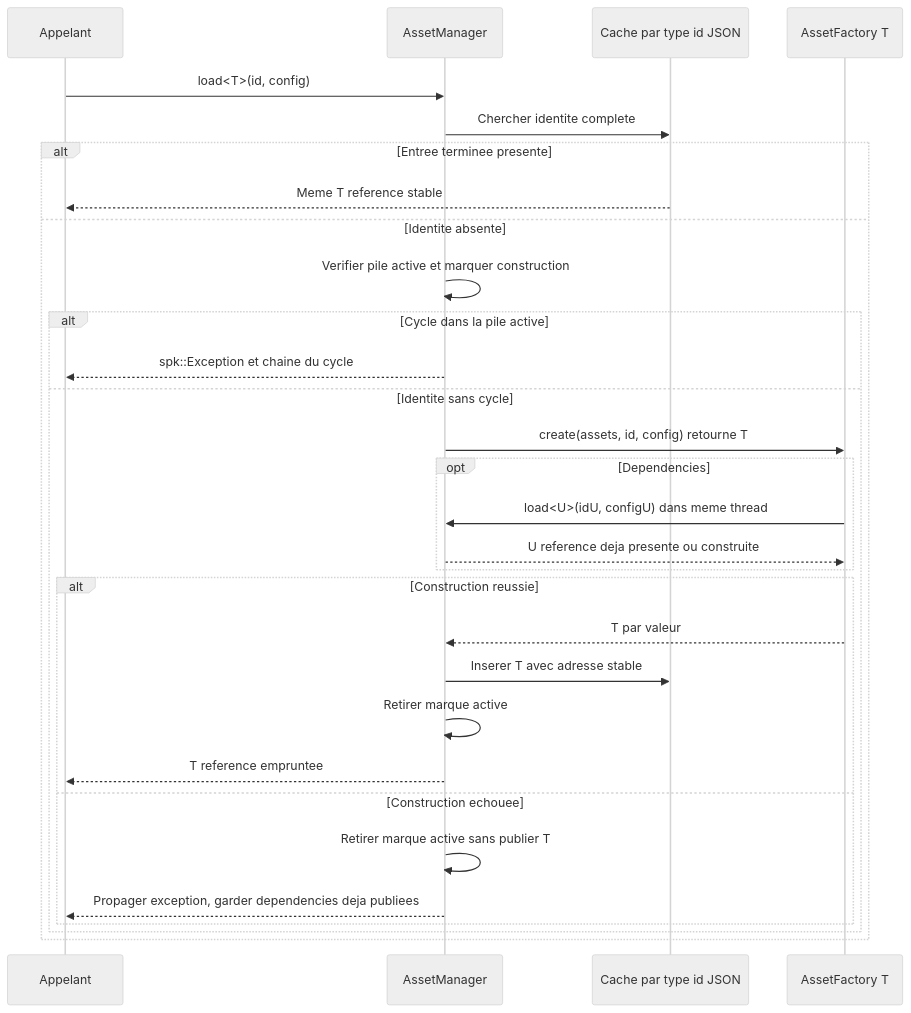
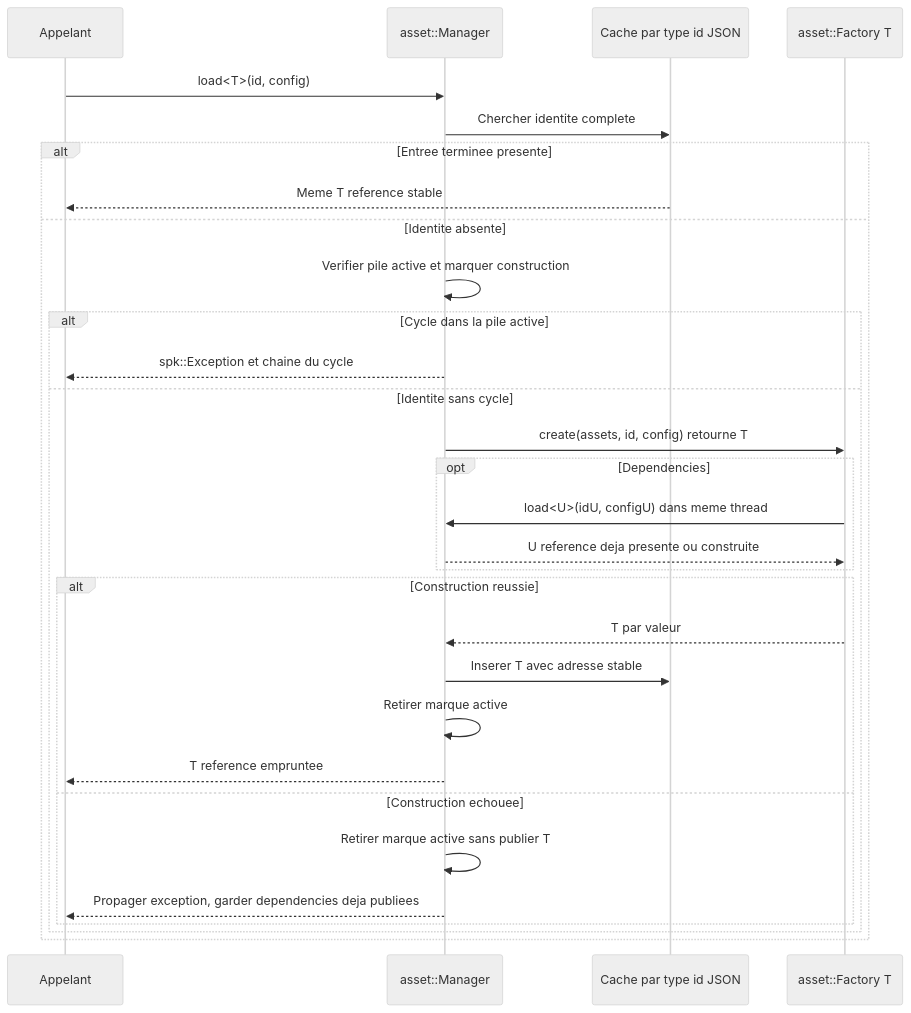
Before and after one commit to EreliaStudio/Sparkle: the diagram in docs/voxel-engine-v0.1.4/05-asset-manager.md, drawn with Mermaid (neutral theme). The commit also changed other lines of this file and 2 other files, not shown here.

Commit message:
docs(asset): clarify construction configuration and name-only lookup

````diff
--- a/docs/voxel-engine-v0.1.4/05-asset-manager.md
+++ b/docs/voxel-engine-v0.1.4/05-asset-manager.md
@@ -115,32 +131,32 @@
 ```mermaid
 sequenceDiagram
     participant Caller as Appelant
-    participant Assets as AssetManager
+    participant Assets as asset::Manager
     participant Cache as Cache par type id JSON
-    participant Factory as AssetFactory T
+    participant Factory as asset::Factory T
     Caller->>Assets: load<T>(id, config)
     Assets->>Cache: Chercher identite complete
     alt Entree terminee presente
         Cache-->>Caller: Meme T reference stable
     else Identite absente
         Assets->>Assets: Verifier pile active et marquer construction
         alt Cycle dans la pile active
             Assets-->>Caller: spk::Exception et chaine du cycle
         else Identite sans cycle
             Assets->>Factory: create(assets, id, config) retourne T
             opt Dependencies
                 Factory->>Assets: load<U>(idU, configU) dans meme thread
                 Assets-->>Factory: U reference deja presente ou construite
             end
             alt Construction reussie
                 Factory-->>Assets: T par valeur
                 Assets->>Cache: Inserer T avec adresse stable
                 Assets->>Assets: Retirer marque active
                 Assets-->>Caller: T reference empruntee
             else Construction echouee
                 Assets->>Assets: Retirer marque active sans publier T
                 Assets-->>Caller: Propager exception, garder dependencies deja publiees
             end
         end
     end
 ```
````
